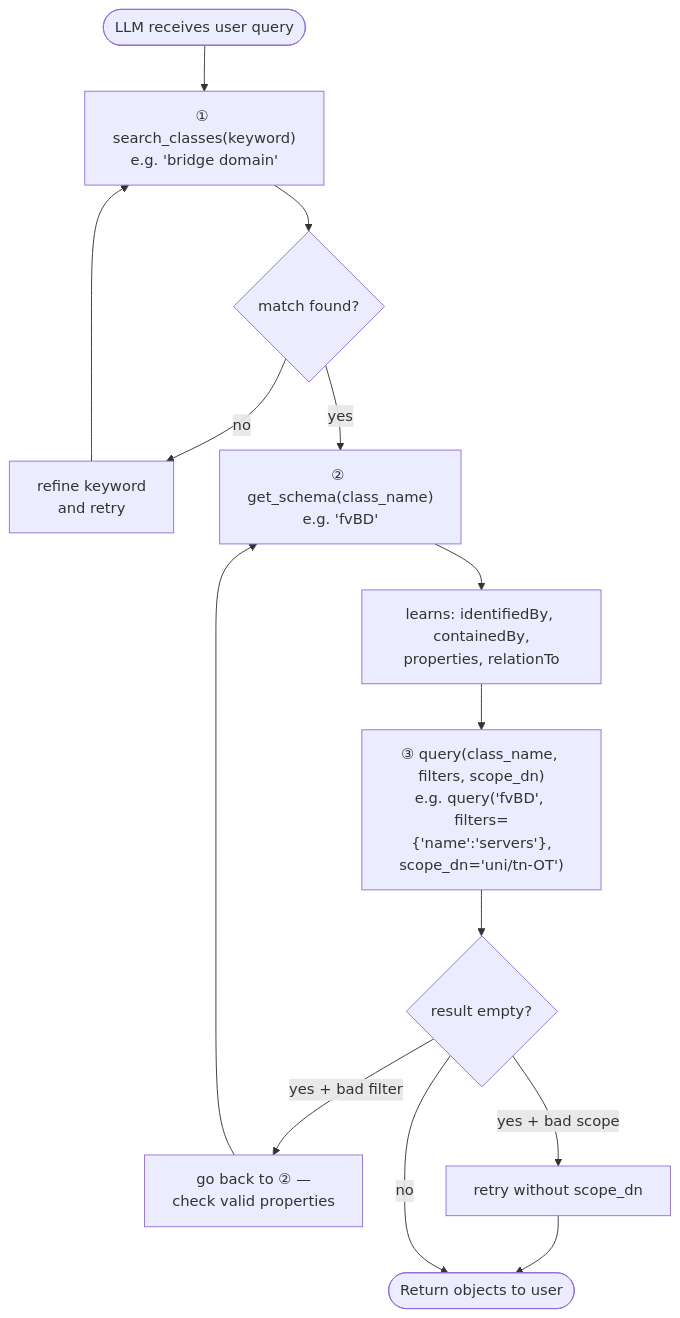
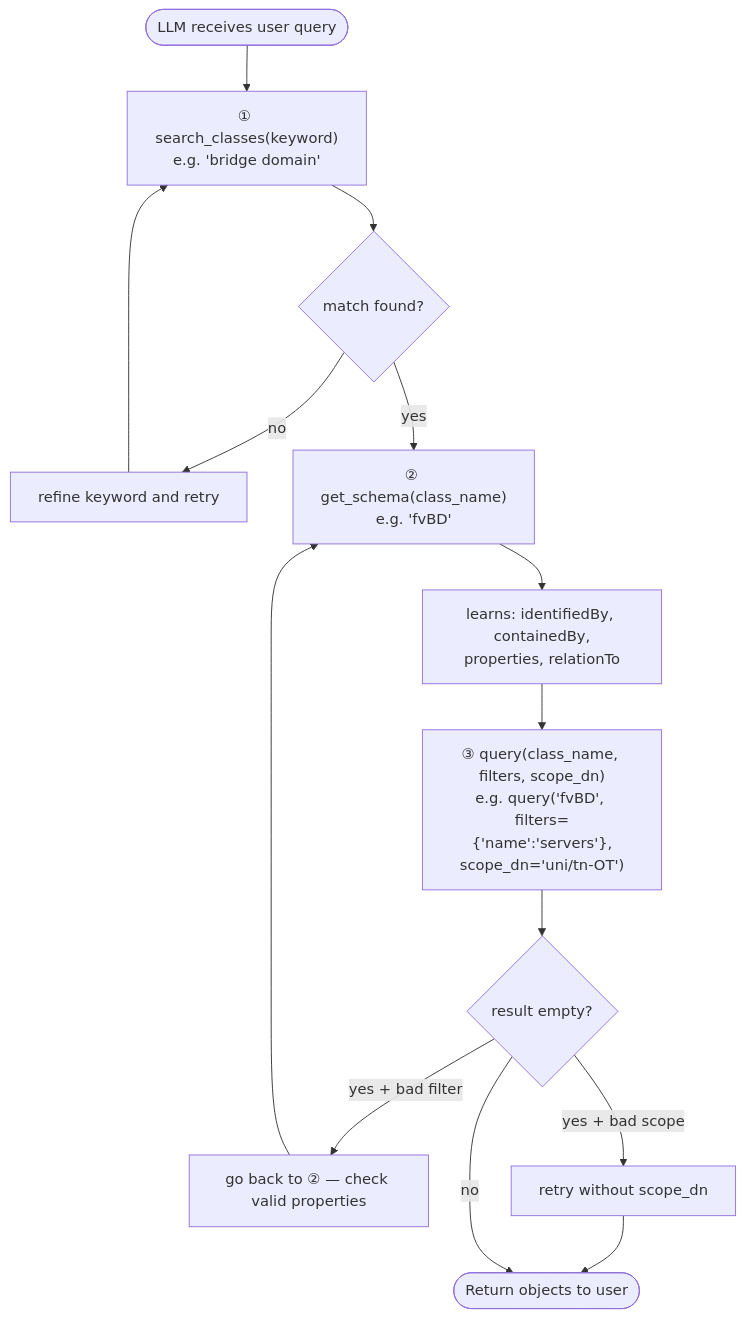
The first of 6 diagrams in docs/architecture/data-flow.md (k3l0-dev/aci-mcp), drawn with Mermaid before and after one commit. The commit also changed other lines of this file and 16 other files, not shown here.

````diff
--- a/docs/architecture/data-flow.md
+++ b/docs/architecture/data-flow.md
@@ -7,24 +7,24 @@
 ```mermaid
 flowchart TD
     START([LLM receives user query]) --> S1
 
-    S1["① search_classes(keyword)<br/>e.g. 'bridge domain'"]
+    S1["① search_classes(keyword)\ne.g. 'bridge domain'"]
     S1 --> D1{match found?}
-    D1 -->|no| RETRY["refine keyword\nand retry"]
+    D1 -->|no| RETRY["refine keyword and retry"]
     RETRY --> S1
     D1 -->|yes| S2
 
-    S2["② get_schema(class_name)<br/>e.g. 'fvBD'"]
+    S2["② get_schema(class_name)\ne.g. 'fvBD'"]
     S2 --> NOTE2["learns: identifiedBy, containedBy,\nproperties, relationTo"]
     NOTE2 --> S3
 
-    S3["③ query(class_name, filters, scope_dn)<br/>e.g. query('fvBD', filters={'name':'servers'},\nscope_dn='uni/tn-OT')"]
+    S3["③ query(class_name, filters, scope_dn)\ne.g. query('fvBD', filters={'name':'servers'},\nscope_dn='uni/tn-OT')"]
     S3 --> D3{result empty?}
-    D3 -->|yes + bad filter| GOBACK["go back to ② —\ncheck valid properties"]
+    D3 -->|yes + bad filter| GOBACK["go back to ② — check valid properties"]
     GOBACK --> S2
     D3 -->|yes + bad scope| S3B["retry without scope_dn"]
     S3B --> DONE
     D3 -->|no| DONE
 
     DONE([Return objects to user])
 ```
````
